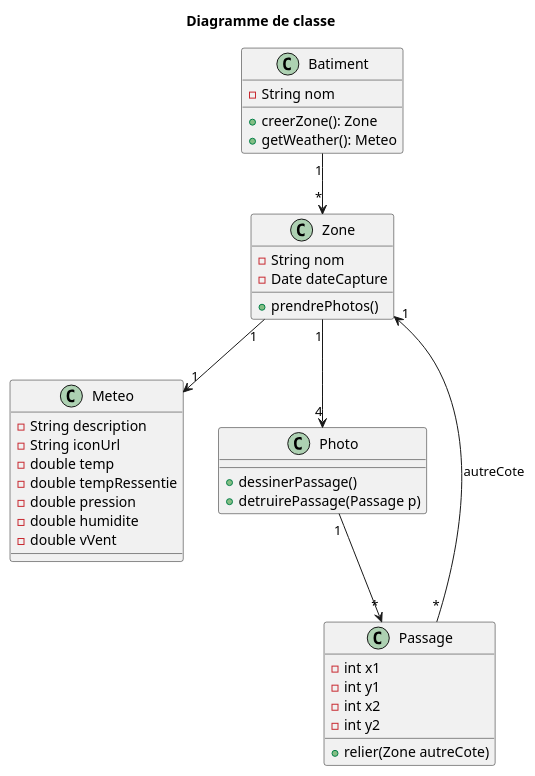
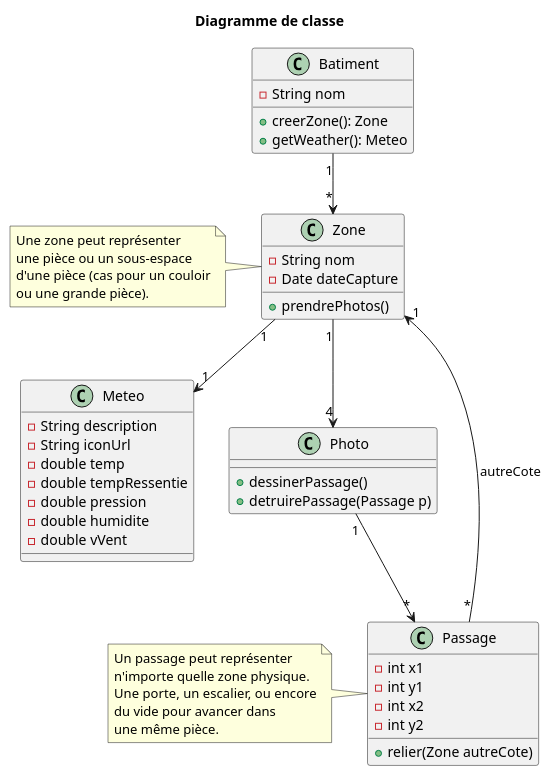
The diagram in diag_c.puml (ActxLeToucan/fst_l3_devmobile_roomview), drawn with PlantUML before and after one commit.

Commit message:
explications diag c

```diff
--- a/diag_c.puml
+++ b/diag_c.puml
@@ -1,46 +1,48 @@
 @startuml diag_c
 title Diagramme de classe
 
 class Batiment {
     - String nom
     + creerZone(): Zone
     + getWeather(): Meteo
 }
 
 class Zone {
     - String nom
     - Date dateCapture
     + prendrePhotos()
 }
+note left: Une zone peut représenter\nune pièce ou un sous-espace\nd'une pièce (cas pour un couloir\nou une grande pièce).
 
 class Meteo {
     - String description
     - String iconUrl
     - double temp
     - double tempRessentie
     - double pression
     - double humidite
     - double vVent
 }
 
 class Photo {
     + dessinerPassage()
     + detruirePassage(Passage p)
 }
 
 class Passage {
     - int x1
     - int y1
     - int x2
     - int y2
     + relier(Zone autreCote)
 }
+note left: Un passage peut représenter\nn'importe quelle zone physique.\nUne porte, un escalier, ou encore\ndu vide pour avancer dans\nune même pièce.
 
 
 Batiment "1" --> "*" Zone
 Zone "1" --> "4" Photo
 Photo "1" --> "*" Passage
 Passage "*" --> "1" Zone : autreCote
 Zone "1" --> "1" Meteo
 
 @enduml
```
